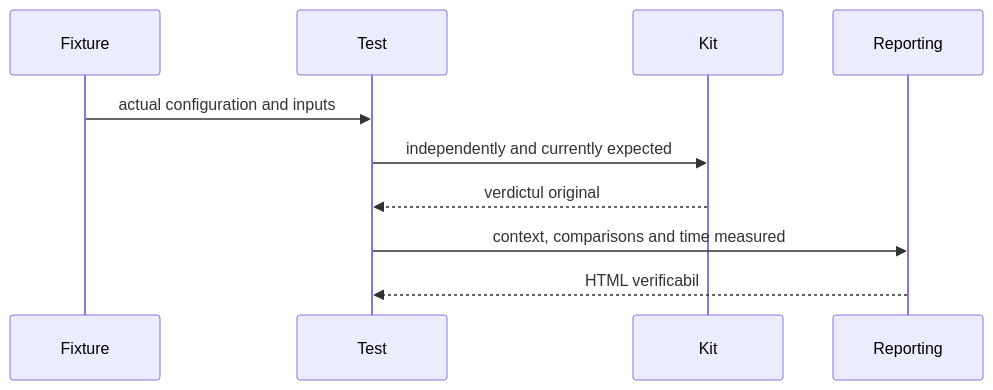
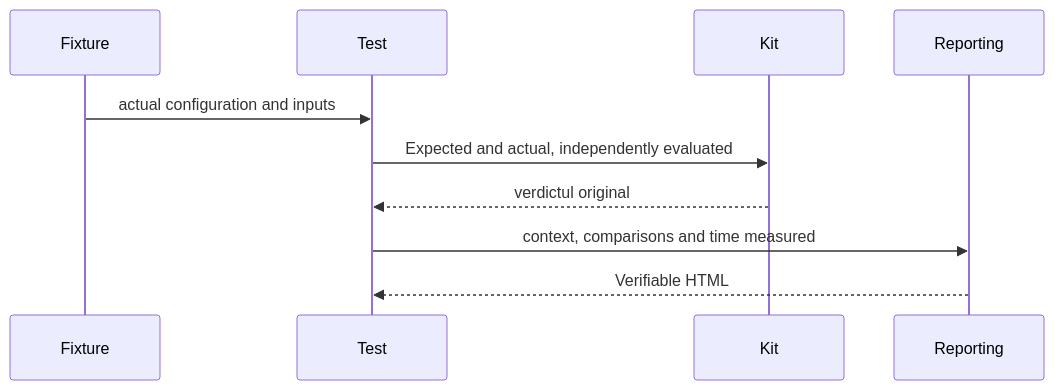
Before and after one commit to crististefanita/atf_j4: the diagram in docs/testing/ATF_GradleComponents.md, drawn with Mermaid. The commit also changed other lines of this file and 84 other files, not shown here.

````diff
--- a/docs/testing/ATF_GradleComponents.md
+++ b/docs/testing/ATF_GradleComponents.md
@@ -36,12 +36,12 @@
 ```mermaid
 sequenceDiagram
     participant F as Fixture
     participant T as Test
     participant K as Kit
     participant R as Reporting
     F->>T: actual configuration and inputs
-    T->>K: independently and currently expected
+    T->>K: Expected and actual, independently evaluated
     K-->>T: verdictul original
     T->>R: context, comparisons and time measured
-    R-->>T: HTML verificabil
+    R-->>T: Verifiable HTML
 ```
````
